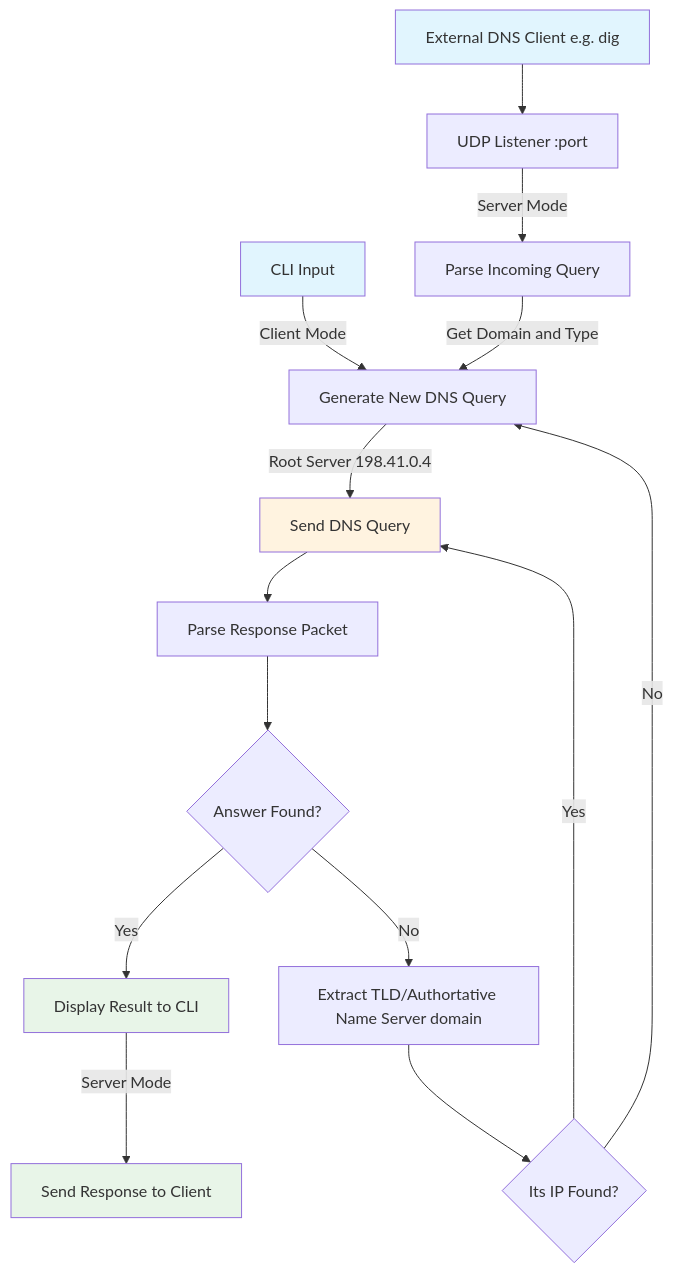
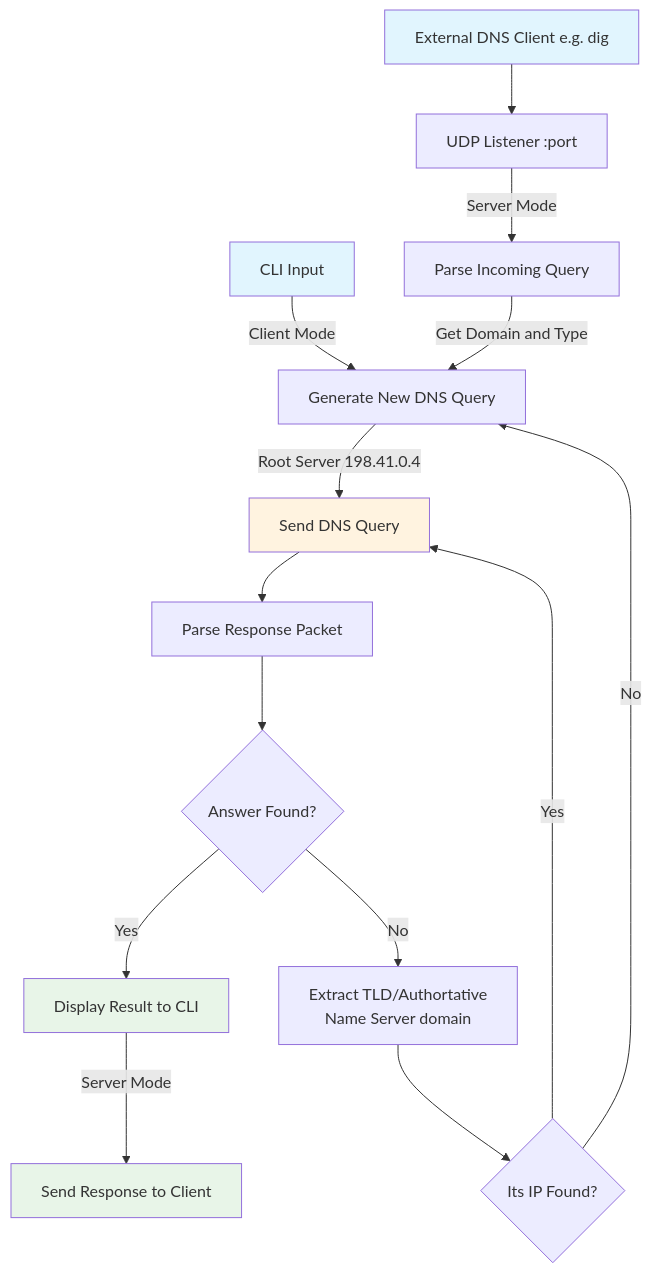
One commit to 0xgouda/golookup changed the diagram in README.md. Above: the diagram before and after it, drawn with Mermaid. The commit also changed other lines of this file, not shown here.

Commit message:
[*] Fix formatting in README

````diff
--- a/README.md
+++ b/README.md
@@ -11,26 +11,26 @@
 ```mermaid
 graph TD
     A[CLI Input] -->|Client Mode| E[Generate New DNS Query]
     C[External DNS Client e.g. dig] --> D[UDP Listener :port]
     
     D -->|Server Mode| F[Parse Incoming Query]
     F -->|Get Domain and Type| E
     
     E -->|Root Server 198.41.0.4| I[Send DNS Query]
     I --> J[Parse Response Packet]
     J --> K{Answer Found?}
     
     K -->|Yes| V[Display Result to CLI]
     V -->|Server Mode| W[Send Response to Client]
 
-    K -->|No| L[Extract TLD/Authortative Name Server domain]
+    K -->|No| L[Extract TLD/Authortative <br>Name Server domain]
     L --> M{Its IP Found?}
     M -->|Yes| I
     M -->|No| E
     
     style A fill:#e1f5fe
     style C fill:#e1f5fe
     style I fill:#fff3e0
     style V fill:#e8f5e8
     style W fill:#e8f5e8
 ```
````
